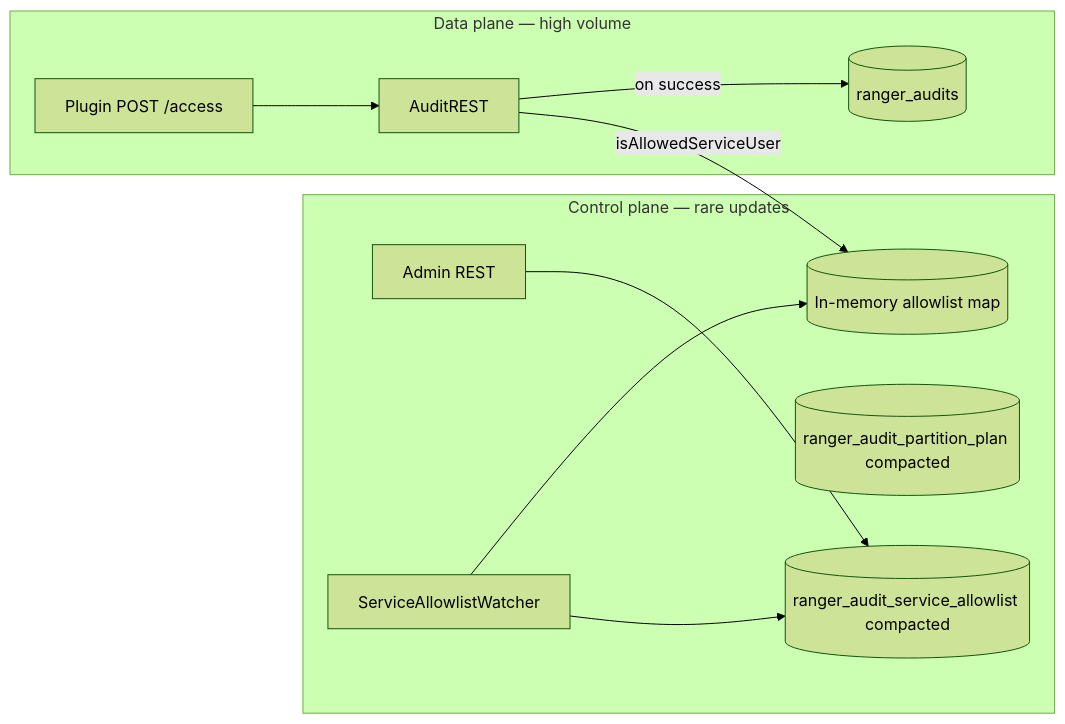
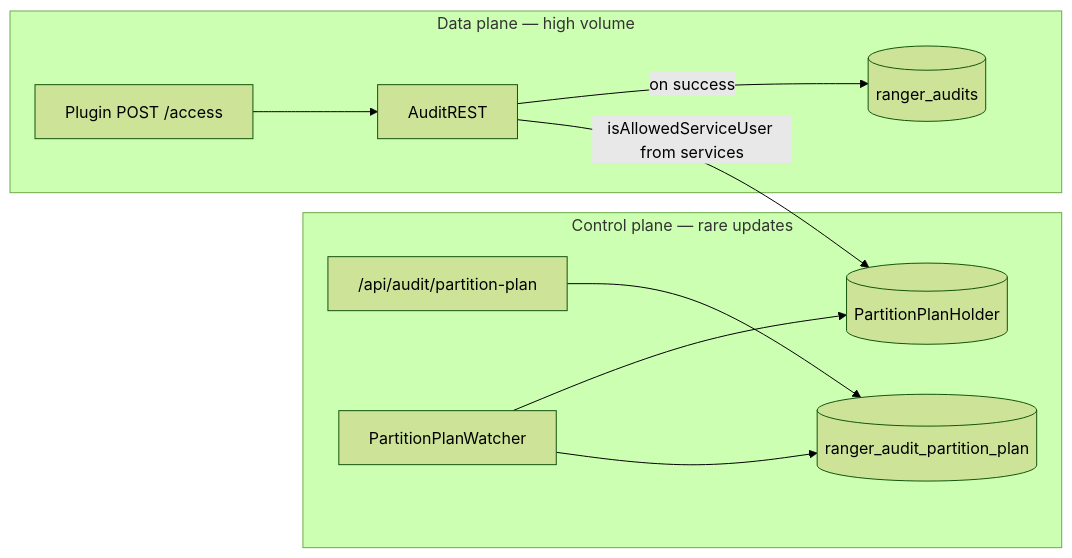
One commit to ramackri/ranger changed the second of 2 diagrams in audit-server/README-DYNAMIC-SERVICE-ALLOWLIST-DESIGN.md. Above: the diagram before and after it, drawn with Mermaid (forest theme). The commit also changed other lines of this file and 23 other files, not shown here.

First line of the commit message:
RANGER: Unify service allowlist into dynamic partition plan registry.

````diff
--- a/audit-server/README-DYNAMIC-SERVICE-ALLOWLIST-DESIGN.md
+++ b/audit-server/README-DYNAMIC-SERVICE-ALLOWLIST-DESIGN.md
@@ -232,24 +237,23 @@
 ```mermaid
 flowchart LR
   subgraph control [Control plane — rare updates]
-    AdminREST[Admin REST]
-    AllowTopic[(ranger_audit_service_allowlist compacted)]
-    PlanTopic[(ranger_audit_partition_plan compacted)]
-    Watcher[ServiceAllowlistWatcher]
-    Mem[(In-memory allowlist map)]
+    AdminREST["/api/audit/partition-plan"]
+    PlanTopic[(ranger_audit_partition_plan)]
+    Watcher[PartitionPlanWatcher]
+    Mem[(PartitionPlanHolder)]
 
-    AdminREST --> AllowTopic
-    Watcher --> AllowTopic
+    AdminREST --> PlanTopic
+    Watcher --> PlanTopic
     Watcher --> Mem
   end
 
   subgraph data [Data plane — high volume]
     Plugin[Plugin POST /access]
     REST[AuditREST]
     Kafka[(ranger_audits)]
 
     Plugin --> REST
-    REST -->|isAllowedServiceUser| Mem
+    REST -->|isAllowedServiceUser from services| Mem
     REST -->|on success| Kafka
   end
 ```
````
